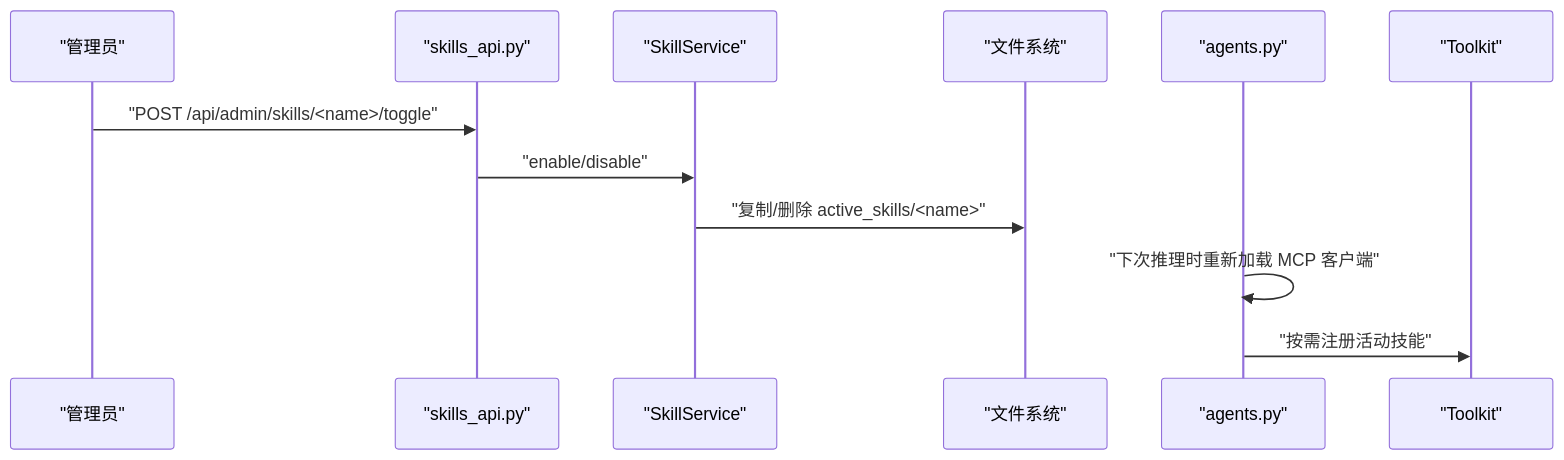
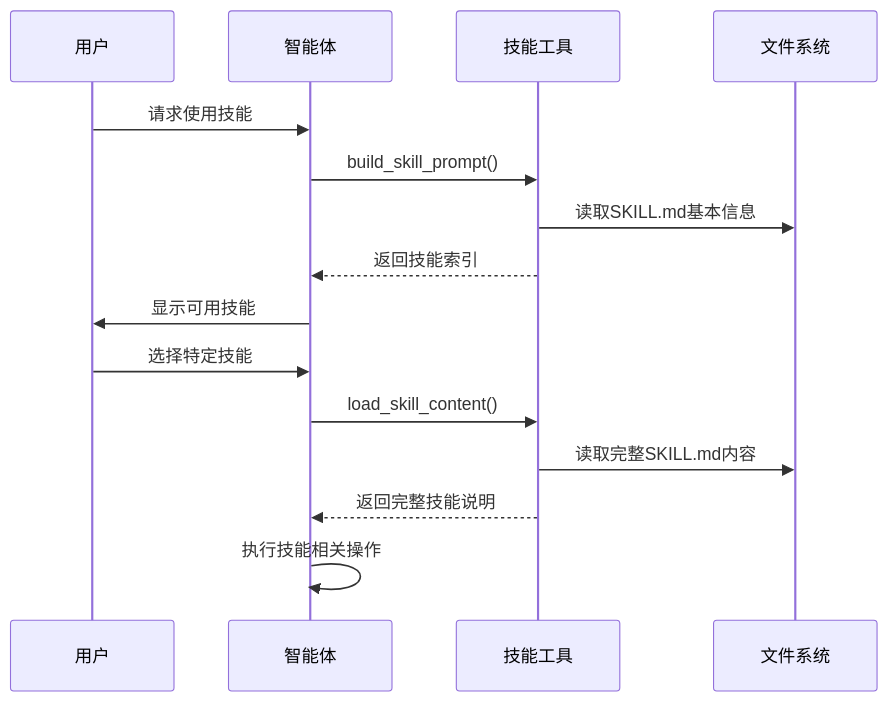
The fifth of 6 diagrams in .qoder/repowiki/zh/content/AI智能体系统/技能系统.md (KunLabAI/KunFlix), drawn with Mermaid before and after one commit. The commit also changed other lines of this file and 13 other files, not shown here.

````diff
--- a/.qoder/repowiki/zh/content/AI智能体系统/技能系统.md
+++ b/.qoder/repowiki/zh/content/AI智能体系统/技能系统.md
@@ -302,14 +197,17 @@
 ```mermaid
 sequenceDiagram
-participant Admin as "管理员"
-participant API as "skills_api.py"
-participant Svc as "SkillService"
-participant FS as "文件系统"
-participant Agent as "agents.py"
-participant TK as "Toolkit"
-Admin->>API : "POST /api/admin/skills/<name>/toggle"
-API->>Svc : "enable/disable"
-Svc->>FS : "复制/删除 active_skills/<name>"
-Agent->>Agent : "下次推理时重新加载 MCP 客户端"
-Agent->>TK : "按需注册活动技能"
+participant User as 用户
+participant Agent as 智能体
+participant Tools as 技能工具
+participant FS as 文件系统
+User->>Agent : 请求使用技能
+Agent->>Tools : build_skill_prompt()
+Tools->>FS : 读取SKILL.md基本信息
+Tools-->>Agent : 返回技能索引
+Agent->>User : 显示可用技能
+User->>Agent : 选择特定技能
+Agent->>Tools : load_skill_content()
+Tools->>FS : 读取完整SKILL.md内容
+Tools-->>Agent : 返回完整技能说明
+Agent->>Agent : 执行技能相关操作
 ```
````
